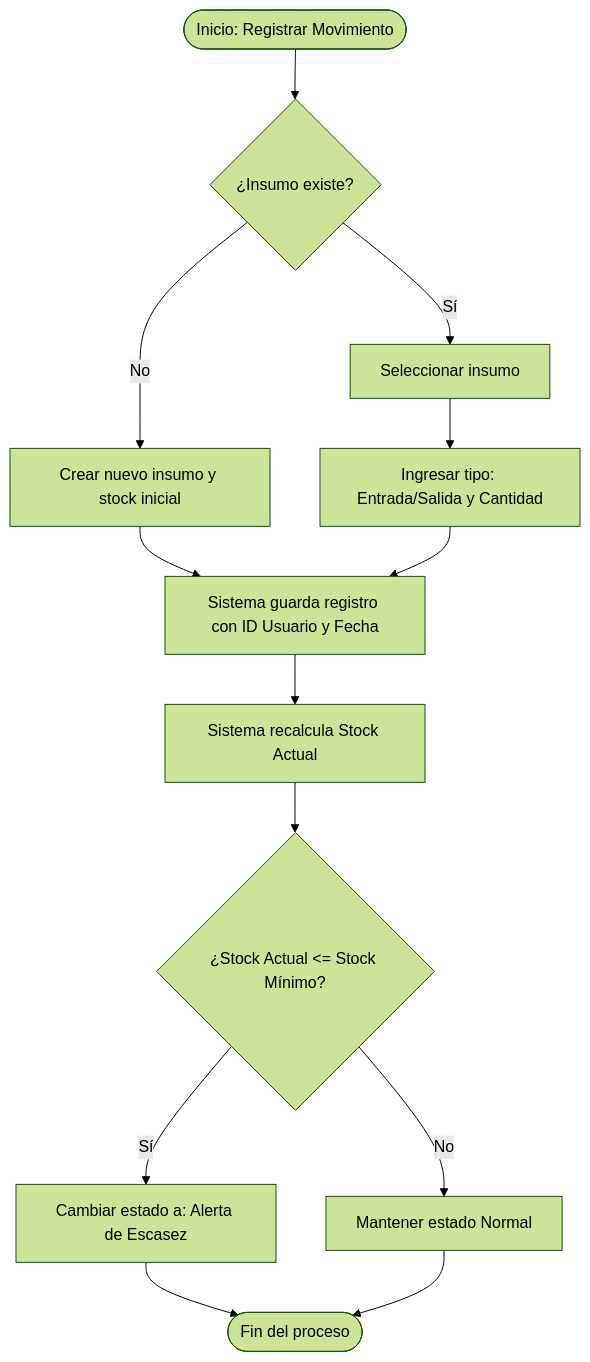
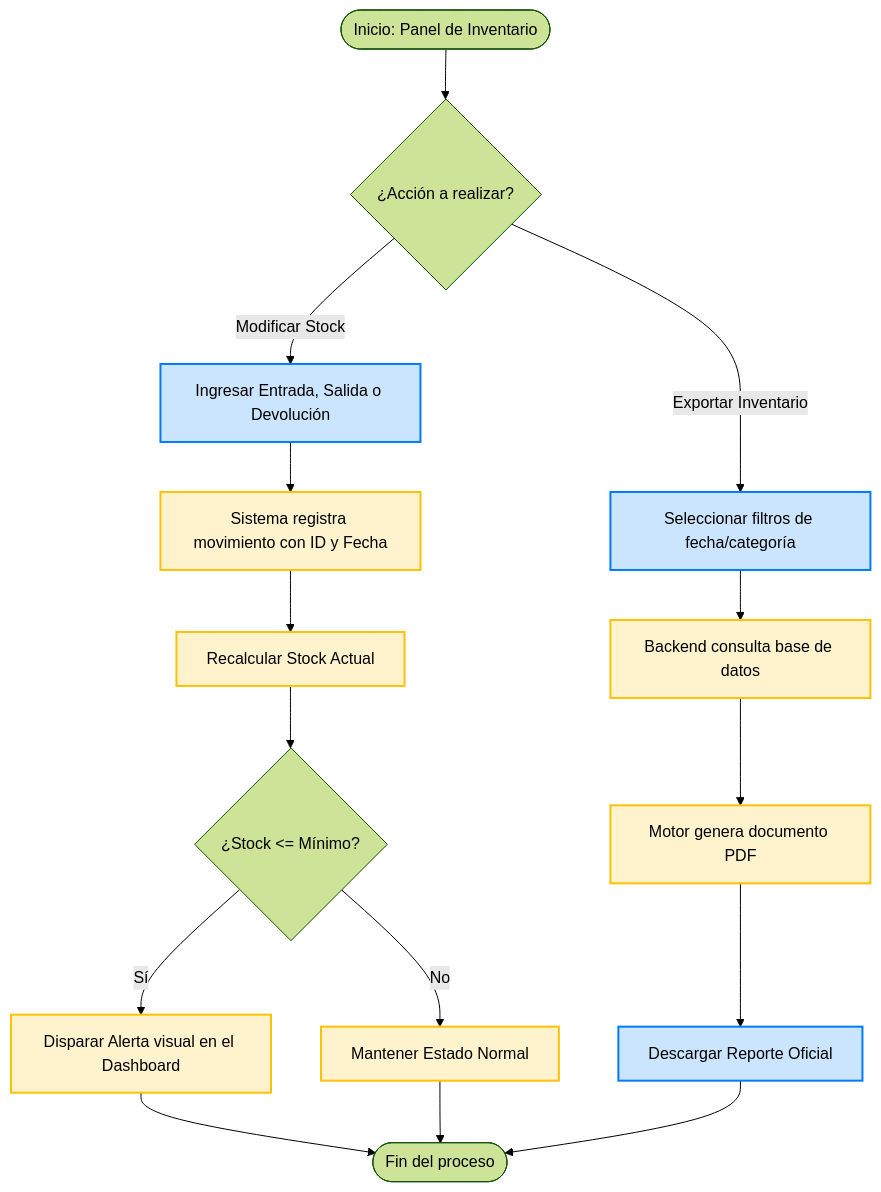
One commit to Jesusdanielseg/Etherware changed the diagram in docs/03-processes/01-inventory-flow.md. Above: the diagram before and after it, drawn with Mermaid (forest theme). The commit also changed other lines of this file and 17 other files, not shown here.

Commit message:
Reestructuracion del proyecto en base al modelo hibrido

````diff
--- a/docs/03-processes/01-inventory-flow.md
+++ b/docs/03-processes/01-inventory-flow.md
@@ -14,14 +14,27 @@
 ```mermaid
 flowchart TD
-    A([Inicio: Registrar Movimiento]) --> B{¿Insumo existe?}
-    B -- No --> C[Crear nuevo insumo y stock inicial] --> F
-    B -- Sí --> D[Seleccionar insumo]
-    D --> E[Ingresar tipo: Entrada/Salida y Cantidad]
-    E --> F[Sistema guarda registro con ID Usuario y Fecha]
-    F --> G[Sistema recalcula Stock Actual]
-    G --> H{¿Stock Actual <= Stock Mínimo?}
-    H -- Sí --> I[Cambiar estado a: Alerta de Escasez]
-    H -- No --> J[Mantener estado Normal]
-    I --> K([Fin del proceso])
-    J --> K
+    %% Estilos de actores
+    classDef admin fill:#cce5ff,stroke:#007bff,stroke-width:2px;
+    classDef system fill:#fff3cd,stroke:#ffc107,stroke-width:2px;
+
+    A([Inicio: Panel de Inventario]) --> B{¿Acción a realizar?}
+  
+    %% Flujo de Movimiento
+    B -- Modificar Stock --> C[Ingresar Entrada, Salida o Devolución]:::admin
+    C --> D[Sistema registra movimiento con ID y Fecha]:::system
+    D --> E[Recalcular Stock Actual]:::system
+    E --> F{¿Stock <= Mínimo?}
+    F -- Sí --> G[Disparar Alerta visual en el Dashboard]:::system
+    F -- No --> H[Mantener Estado Normal]:::system
+  
+    %% Flujo de Reporte PDF
+    B -- Exportar Inventario --> I[Seleccionar filtros de fecha/categoría]:::admin
+    I --> J[Backend consulta base de datos]:::system
+    J --> K[Motor genera documento PDF]:::system
+    K --> L[Descargar Reporte Oficial]:::admin
+  
+    %% Cierre
+    G --> Z([Fin del proceso])
+    H --> Z
+    L --> Z
 ```
````
